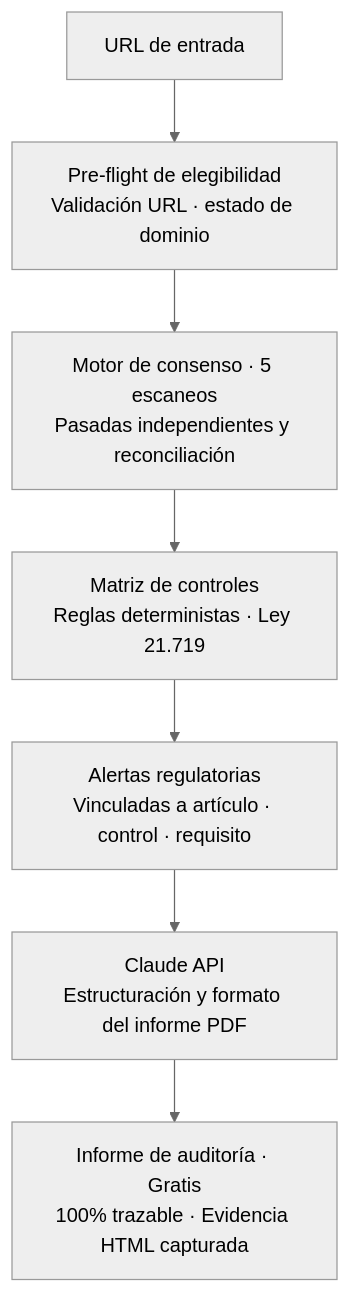
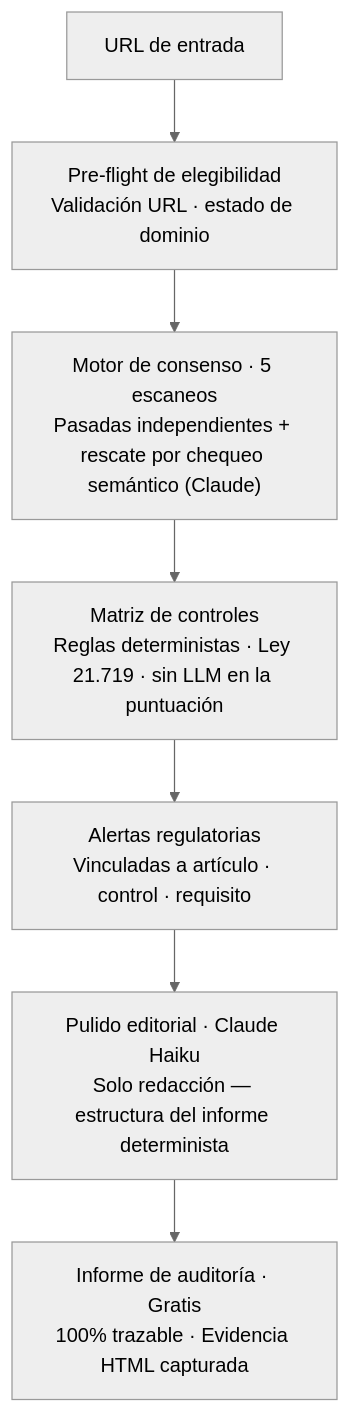
The second of 3 diagrams in src/content/proof/legal-reg-tech.md (ibaifernandez/aglaya.biz), drawn with Mermaid (neutral theme) before and after one commit. The commit also changed other lines of this file, not shown here.

````diff
--- a/src/content/proof/legal-reg-tech.md
+++ b/src/content/proof/legal-reg-tech.md
@@ -126,9 +126,9 @@
   ```mermaid
   flowchart TD
     A["URL de entrada"] --> B["Pre-flight de elegibilidad\nValidación URL · estado de dominio"]
-    B --> C["Motor de consenso · 5 escaneos\nPasadas independientes y reconciliación"]
-    C --> D["Matriz de controles\nReglas deterministas · Ley 21.719"]
+    B --> C["Motor de consenso · 5 escaneos\nPasadas independientes + rescate por chequeo semántico (Claude)"]
+    C --> D["Matriz de controles\nReglas deterministas · Ley 21.719 · sin LLM en la puntuación"]
     D --> E["Alertas regulatorias\nVinculadas a artículo · control · requisito"]
-    E --> F["Claude API\nEstructuración y formato del informe PDF"]
+    E --> F["Pulido editorial · Claude Haiku\nSolo redacción — estructura del informe determinista"]
     F --> G["Informe de auditoría · Gratis\n100% trazable · Evidencia HTML capturada"]
   ```
````
